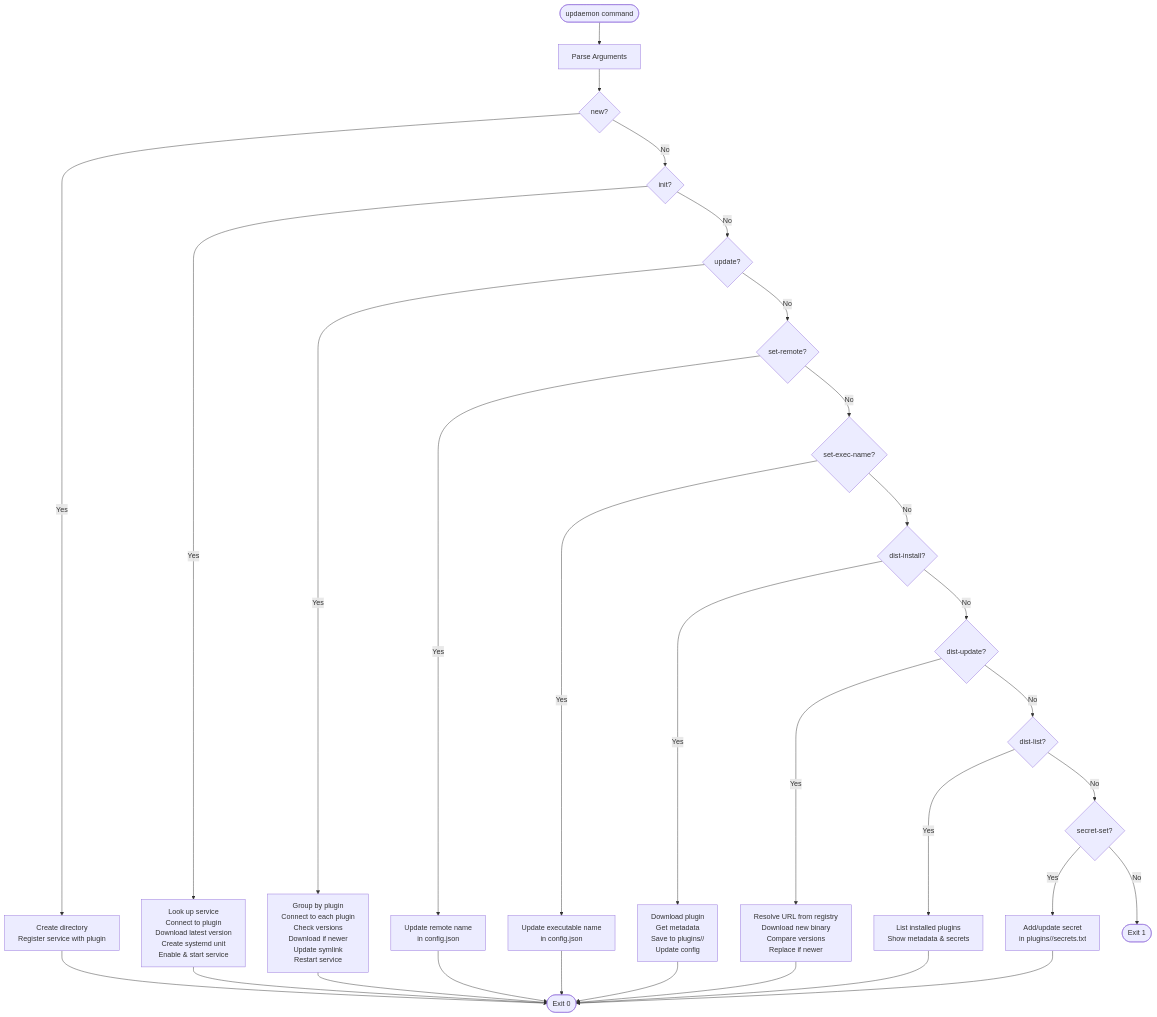
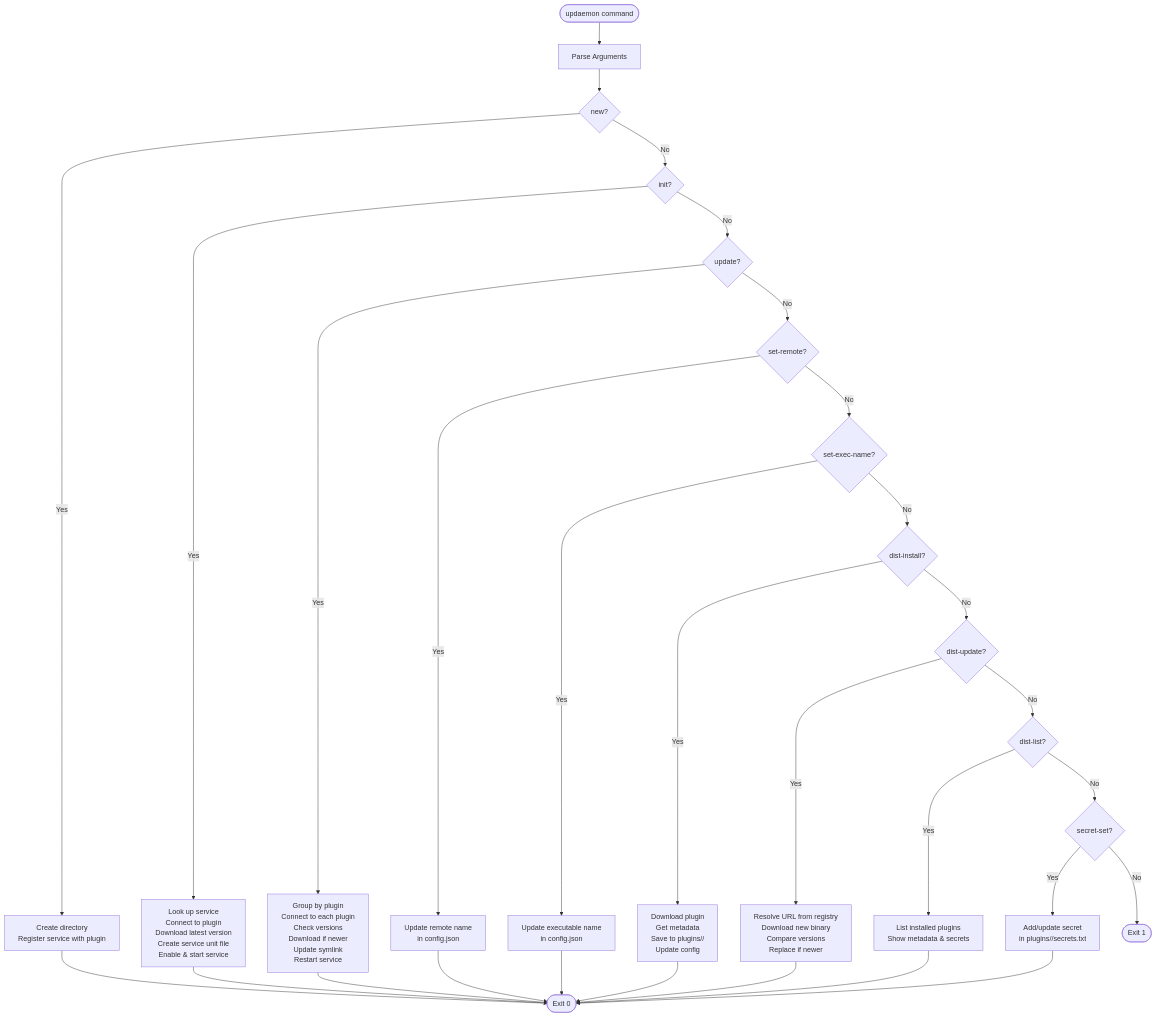
One commit to AdamTovatt/updaemon changed the fifth of 6 diagrams in README.md. Above: the diagram before and after it, drawn with Mermaid. The commit also changed other lines of this file and 40 other files, not shown here.

````diff
--- a/README.md
+++ b/README.md
@@ -765,59 +840,59 @@
 ```mermaid
 graph TD
     Start([updaemon command])
     Parse[Parse Arguments]
     
     New{new?}
     Init{init?}
     Update{update?}
     SetRemote{set-remote?}
     SetExecName{set-exec-name?}
     DistInstall{dist-install?}
     DistUpdate{dist-update?}
     DistList{dist-list?}
     SecretSet{secret-set?}
     
     NewAction[Create directory<br/>Register service with plugin]
-    InitAction[Look up service<br/>Connect to plugin<br/>Download latest version<br/>Create systemd unit<br/>Enable & start service]
+    InitAction[Look up service<br/>Connect to plugin<br/>Download latest version<br/>Create service unit file<br/>Enable & start service]
     UpdateAction[Group by plugin<br/>Connect to each plugin<br/>Check versions<br/>Download if newer<br/>Update symlink<br/>Restart service]
     SetRemoteAction[Update remote name<br/>in config.json]
     SetExecNameAction[Update executable name<br/>in config.json]
     DistInstallAction[Download plugin<br/>Get metadata<br/>Save to plugins/<alias>/<br/>Update config]
     DistUpdateAction[Resolve URL from registry<br/>Download new binary<br/>Compare versions<br/>Replace if newer]
     DistListAction[List installed plugins<br/>Show metadata & secrets]
     SecretSetAction[Add/update secret<br/>in plugins/<alias>/secrets.txt]
     
     Success([Exit 0])
     Error([Exit 1])
     
     Start --> Parse
     Parse --> New
     New -->|Yes| NewAction
     New -->|No| Init
     Init -->|Yes| InitAction
     Init -->|No| Update
     Update -->|Yes| UpdateAction
     Update -->|No| SetRemote
     SetRemote -->|Yes| SetRemoteAction
     SetRemote -->|No| SetExecName
     SetExecName -->|Yes| SetExecNameAction
     SetExecName -->|No| DistInstall
     DistInstall -->|Yes| DistInstallAction
     DistInstall -->|No| DistUpdate
     DistUpdate -->|Yes| DistUpdateAction
     DistUpdate -->|No| DistList
     DistList -->|Yes| DistListAction
     DistList -->|No| SecretSet
     SecretSet -->|Yes| SecretSetAction
     SecretSet -->|No| Error
 
     NewAction --> Success
     InitAction --> Success
     UpdateAction --> Success
     SetRemoteAction --> Success
     SetExecNameAction --> Success
     DistInstallAction --> Success
     DistUpdateAction --> Success
     DistListAction --> Success
     SecretSetAction --> Success
 ```
````
